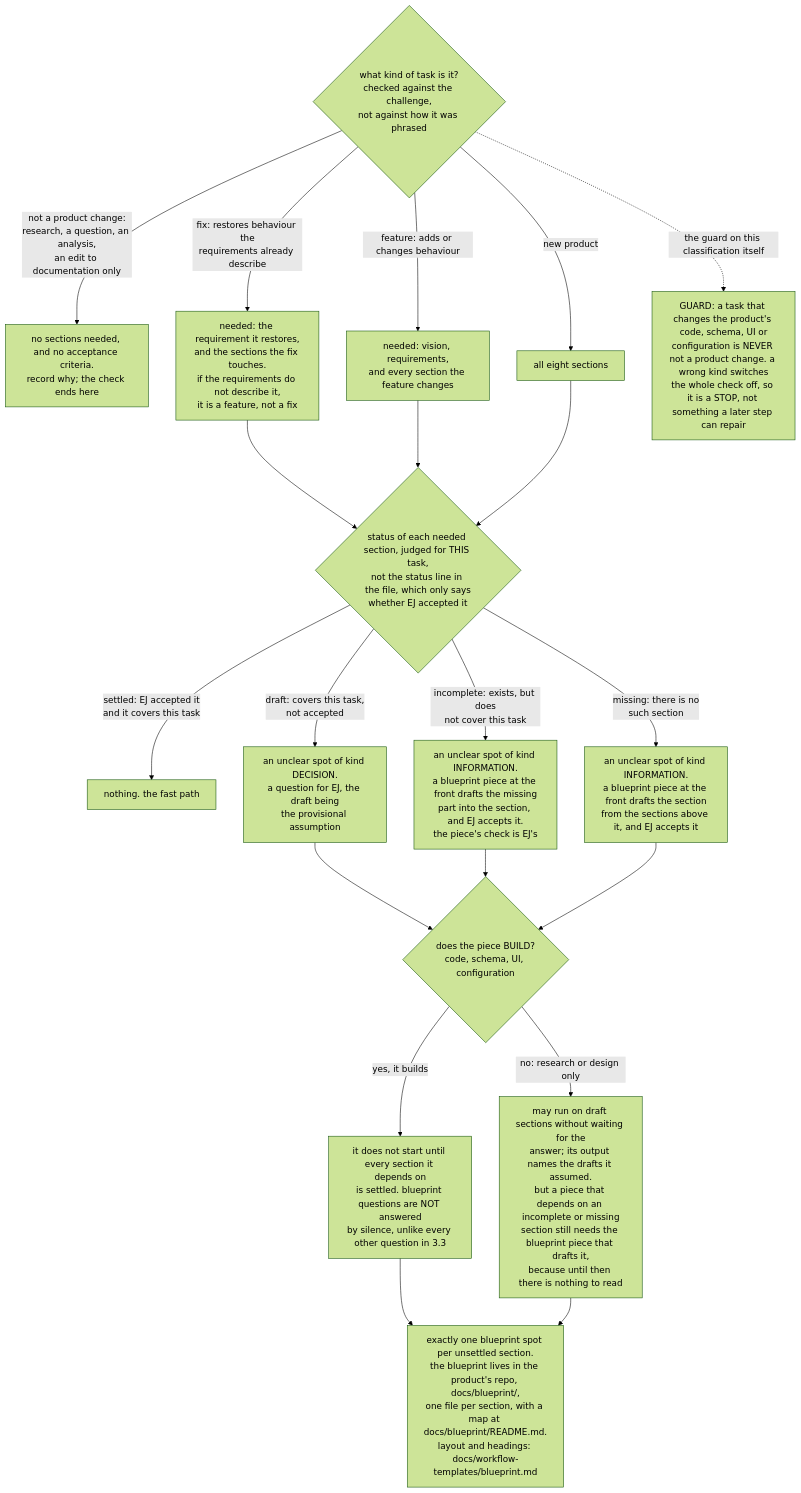
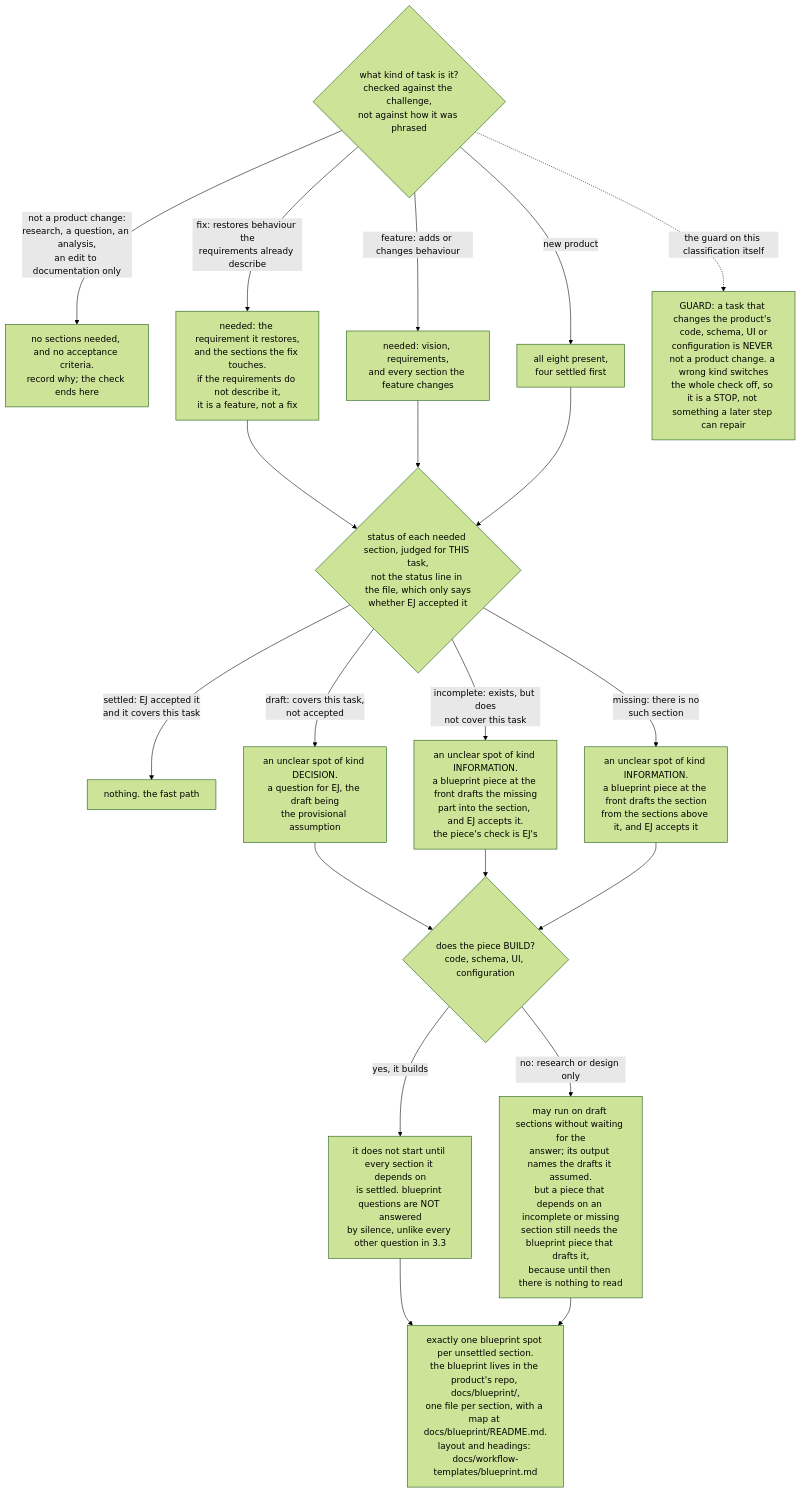
One commit to ejacklab/ancient-games changed the second of 4 diagrams in docs/WORKFLOW_DESIGN_DIAGRAM.md. Above: the diagram before and after it, drawn with Mermaid (forest theme). The commit also changed 3 other files, not shown here.

Commit message:
Adopt the feature-case research: lead-in restructured into two questions with eight shared lines; per-case keep/shrink text; method 3.1 new product = all eight present, four settled (n=0)

````diff
--- a/docs/WORKFLOW_DESIGN_DIAGRAM.md
+++ b/docs/WORKFLOW_DESIGN_DIAGRAM.md
@@ -59,24 +59,24 @@
 ```mermaid
 flowchart TD
   K{"what kind of task is it?<br/>checked against the challenge,<br/>not against how it was phrased"}
   K -->|"not a product change:<br/>research, a question, an analysis,<br/>an edit to documentation only"| NONE["no sections needed, and no acceptance criteria.<br/>record why; the check ends here"]
   K -->|"fix: restores behaviour the<br/>requirements already describe"| SEC1["needed: the requirement it restores,<br/>and the sections the fix touches.<br/>if the requirements do not describe it,<br/>it is a feature, not a fix"]
   K -->|"feature: adds or changes behaviour"| SEC2["needed: vision, requirements,<br/>and every section the feature changes"]
-  K -->|"new product"| SEC3["all eight sections"]
+  K -->|"new product"| SEC3["all eight present,<br/>four settled first"]
   K -.->|"the guard on this classification itself"| GUARD["GUARD: a task that changes the product's code, schema, UI or<br/>configuration is NEVER not a product change. a wrong kind switches<br/>the whole check off, so it is a STOP, not something a later step can repair"]
   SEC1 --> ST
   SEC2 --> ST
   SEC3 --> ST
   ST{"status of each needed section, judged for THIS task,<br/>not the status line in the file, which only says<br/>whether EJ accepted it"}
   ST -->|"settled: EJ accepted it<br/>and it covers this task"| FAST["nothing. the fast path"]
   ST -->|"draft: covers this task,<br/>not accepted"| DEC["an unclear spot of kind DECISION.<br/>a question for EJ, the draft being<br/>the provisional assumption"]
   ST -->|"incomplete: exists, but does<br/>not cover this task"| INF1["an unclear spot of kind INFORMATION.<br/>a blueprint piece at the front drafts the missing<br/>part into the section, and EJ accepts it.<br/>the piece's check is EJ's"]
   ST -->|"missing: there is no<br/>such section"| INF2["an unclear spot of kind INFORMATION.<br/>a blueprint piece at the front drafts the section<br/>from the sections above it, and EJ accepts it"]
   DEC --> HOLD{"does the piece BUILD?<br/>code, schema, UI, configuration"}
   INF1 --> HOLD
   INF2 --> HOLD
   HOLD -->|"yes, it builds"| WAIT["it does not start until every section it depends on<br/>is settled. blueprint questions are NOT answered<br/>by silence, unlike every other question in 3.3"]
   HOLD -->|"no: research or design only"| MAY["may run on draft sections without waiting for the<br/>answer; its output names the drafts it assumed.<br/>but a piece that depends on an incomplete or missing<br/>section still needs the blueprint piece that drafts it,<br/>because until then there is nothing to read"]
   WAIT --> ONE["exactly one blueprint spot per unsettled section.<br/>the blueprint lives in the product's repo, docs/blueprint/,<br/>one file per section, with a map at docs/blueprint/README.md.<br/>layout and headings: docs/workflow-templates/blueprint.md"]
   MAY --> ONE
 ```
````
